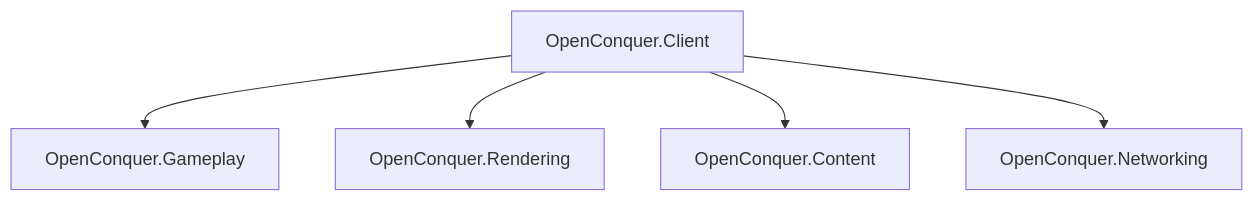
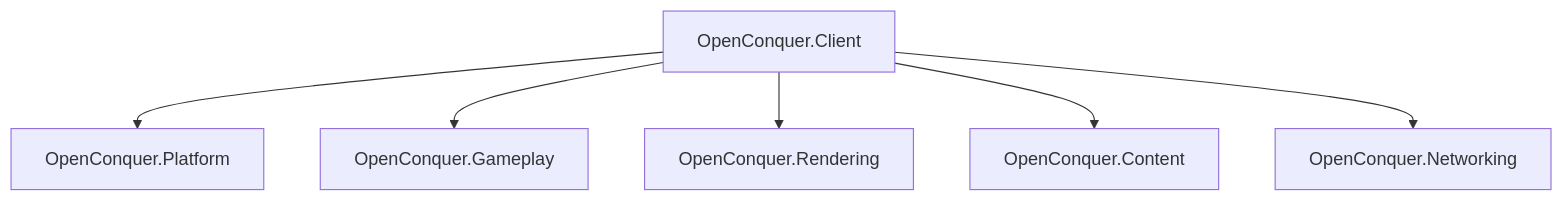
The diagram in README.md (berniemackie97/OpenConquerClient), drawn with Mermaid before and after one commit. The commit also changed other lines of this file and 7 other files, not shown here.

````diff
--- a/README.md
+++ b/README.md
@@ -17,9 +17,10 @@
 ```mermaid
 flowchart TD
     Client["OpenConquer.Client"]
 
+    Client --> Platform["OpenConquer.Platform"]
     Client --> Gameplay["OpenConquer.Gameplay"]
     Client --> Rendering["OpenConquer.Rendering"]
     Client --> Content["OpenConquer.Content"]
     Client --> Networking["OpenConquer.Networking"]
 ```
````
